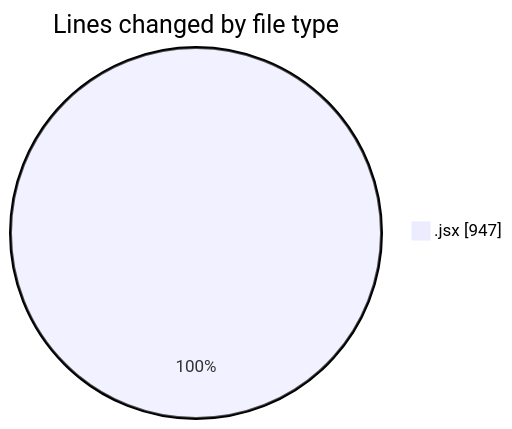
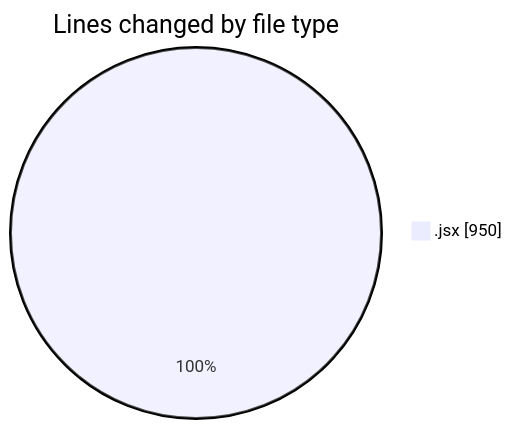
One commit to nxtqubesakshisongat/code-tracking changed the first of 2 diagrams in 2025-06-30/argos/README.md. Above: the diagram before and after it, drawn with Mermaid. The commit also changed other lines of this file and 1 other file, not shown here.

````diff
--- a/2025-06-30/argos/README.md
+++ b/2025-06-30/argos/README.md
@@ -22,5 +22,5 @@
 ```mermaid
 pie showData
 title Lines changed by file type
-".jsx" : 947
+".jsx" : 950
 ```
````
